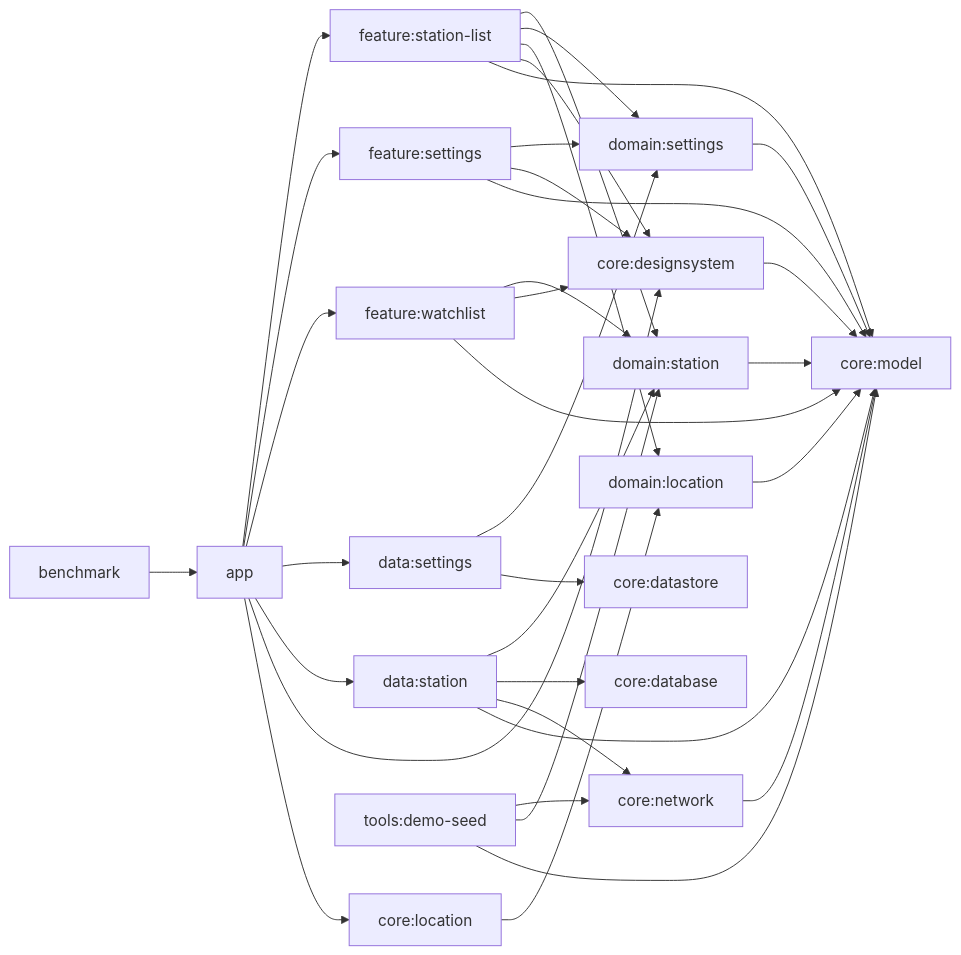
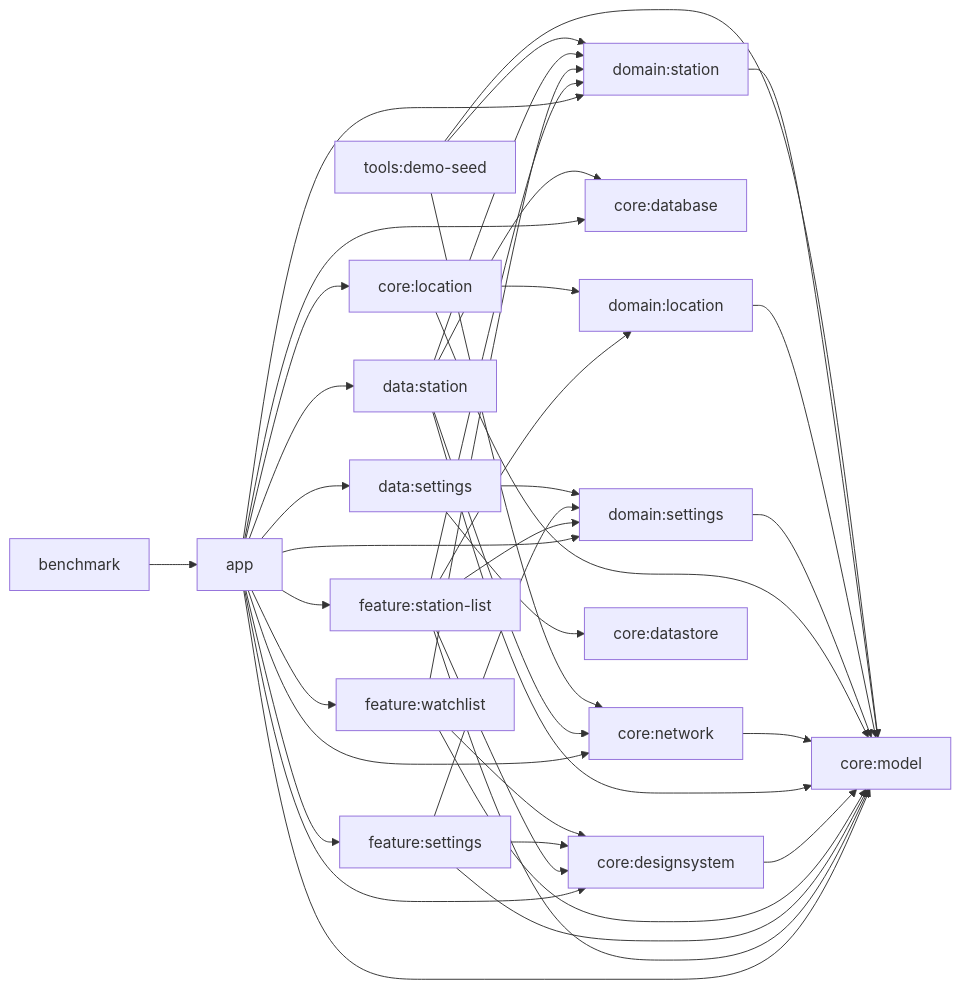
The diagram in README.md (beyondwin/GasStation), drawn with Mermaid before and after one commit. The commit also changed other lines of this file and 2 other files, not shown here.

Commit message:
docs: align architecture documentation

````diff
--- a/README.md
+++ b/README.md
@@ -44,40 +46,51 @@
 ```mermaid
 flowchart LR
     app["app"] --> fstation["feature:station-list"]
     app --> fsettings["feature:settings"]
     app --> fwatch["feature:watchlist"]
+    app --> dstation["data:station"]
     app --> dsettings["data:settings"]
-    app --> dstation["data:station"]
     app --> cdesign["core:designsystem"]
     app --> clocation["core:location"]
+    app --> cnetwork["core:network"]
+    app --> cdatabase["core:database"]
+    app --> cmodel["core:model"]
+    app --> domSettings["domain:settings"]
+    app --> domStation["domain:station"]
 
-    fstation --> domStation["domain:station"]
-    fstation --> domSettings["domain:settings"]
+    fstation --> domSettings
+    fstation --> domStation
     fstation --> domLocation["domain:location"]
     fstation --> cdesign
     fstation --> cmodel
+
     fsettings --> domSettings
     fsettings --> cdesign
     fsettings --> cmodel
+
     fwatch --> domStation
+    fwatch --> cmodel
     fwatch --> cdesign
-    fwatch --> cmodel
+    cdesign --> cmodel
 
     dstation --> domStation
-    dstation --> cdb["core:database"]
-    dstation --> cnet["core:network"]
-    dstation --> cmodel["core:model"]
+    dstation --> cnetwork
+    dstation --> cdatabase
+    dstation --> cmodel
+
     dsettings --> domSettings
     dsettings --> cstore["core:datastore"]
-    cnet --> cmodel
-    cdesign --> cmodel
+
+    cnetwork --> cmodel
+
     clocation --> domLocation
+    clocation --> cmodel
     domSettings --> cmodel
     domLocation --> cmodel
     domStation --> cmodel
 
-    tools["tools:demo-seed"] --> cnet
+    tools["tools:demo-seed"] --> cnetwork
     tools --> domStation
     tools --> cmodel
     benchmark["benchmark"] --> app
 ```
````
